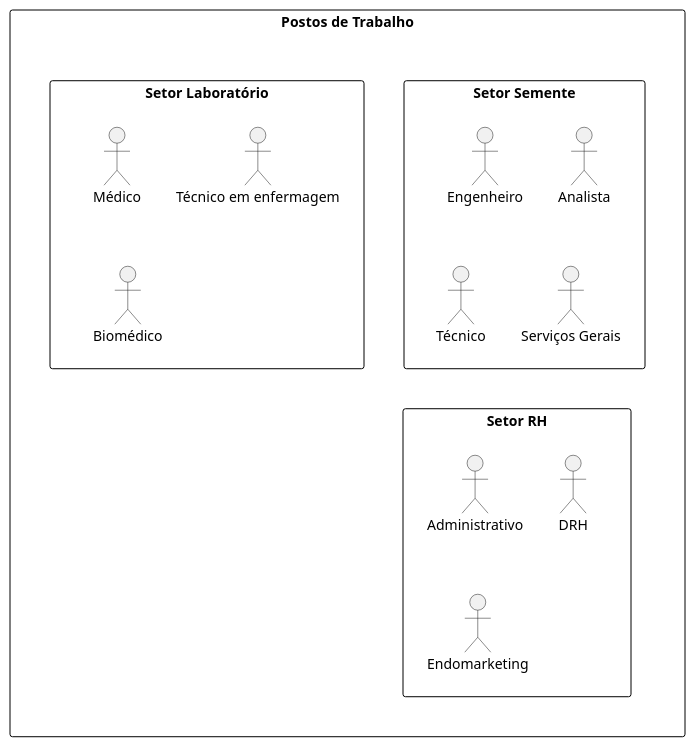
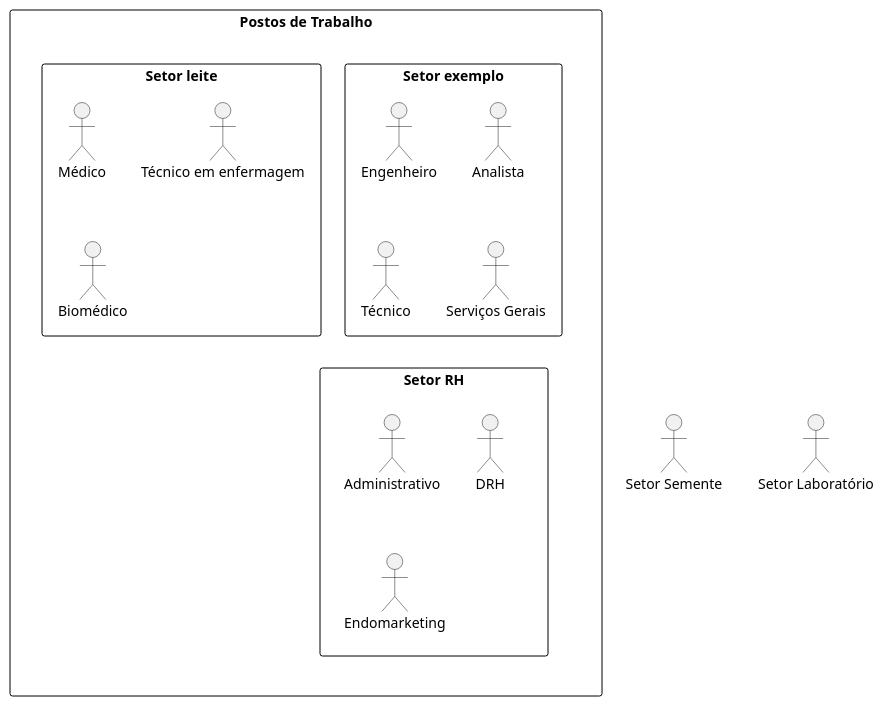
Before and after one commit to HamiltonVentura/Estudo-Sphinx: the diagram in source/conceitos.rst, drawn with PlantUML. The commit also changed 11 other files, not shown here.

```diff
--- a/source/conceitos.rst
+++ b/source/conceitos.rst
@@ -19,31 +19,31 @@
 .. uml::
 
    @startuml
    skinparam rectangle {
        BackgroundColor white
        BorderColor black
    }
 
    rectangle "Postos de Trabalho" {
-       rectangle "Setor Semente" {
+       rectangle "Setor exemplo" {
            "Engenheiro"
            "Analista"
            "Técnico"
            "Serviços Gerais"
        }
-       rectangle "Setor Laboratório" {
+       rectangle "Setor leite" {
            "Médico"
            "Técnico em enfermagem"
            "Biomédico"
        }
        rectangle "Setor RH" {
            "Administrativo"
            "DRH"
            "Endomarketing"
        }
    }
 
    "Postos de Trabalho" -[hidden]-> "Setor Semente"
    "Postos de Trabalho" -[hidden]-> "Setor Laboratório"
    "Postos de Trabalho" -[hidden]-> "Setor RH"
    @enduml
```
